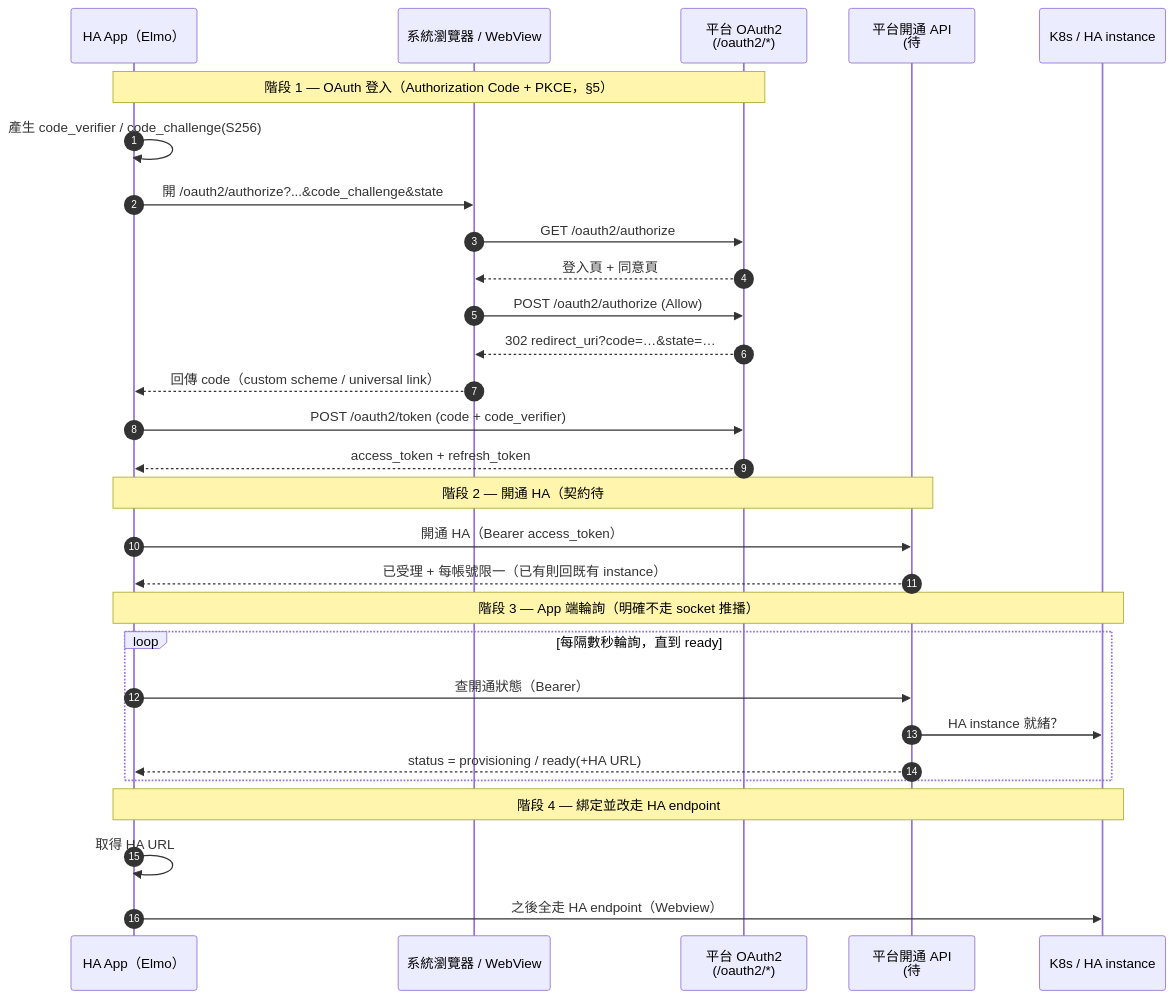
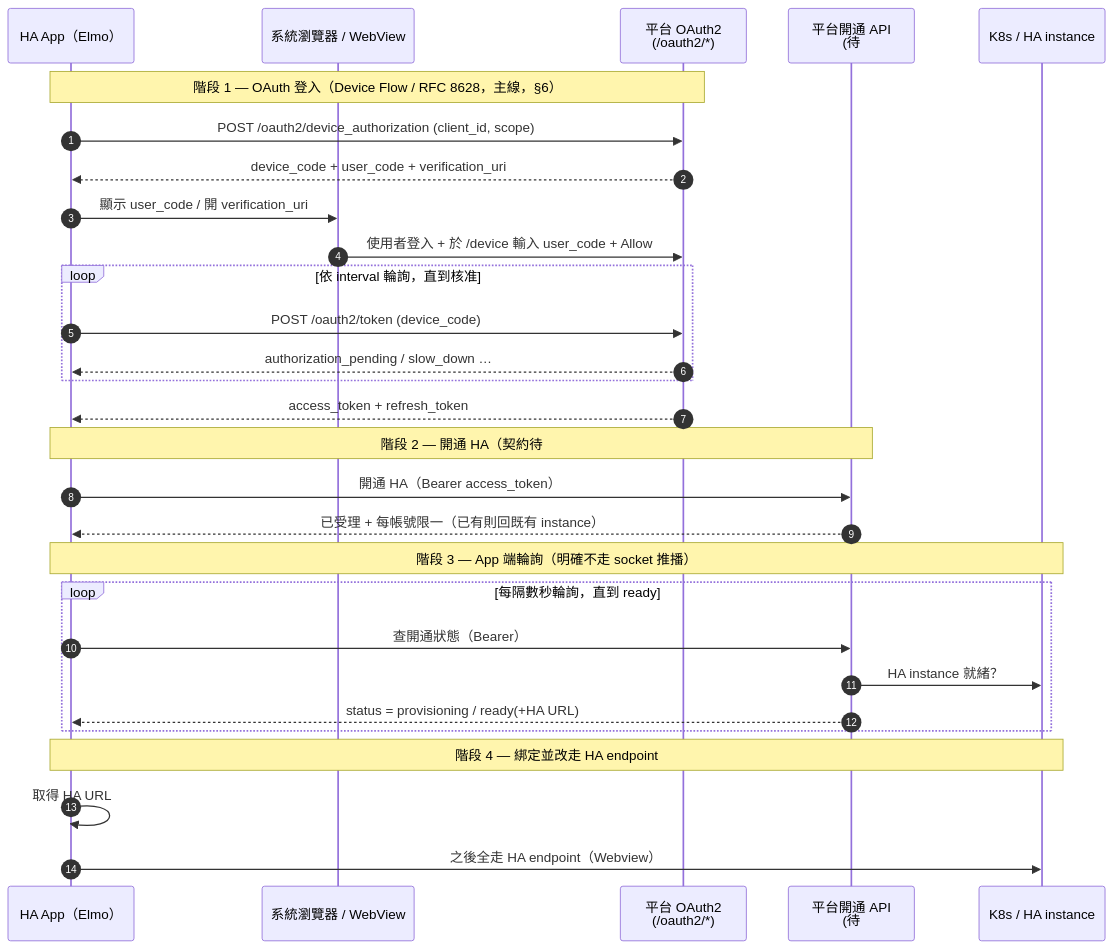
The diagram in docs/reference/api/ha-app-oauth-provisioning.md (WOOWTECH/odoo-addon-woow-paas-platform), drawn with Mermaid before and after one commit. The commit also changed other lines of this file, not shown here.

First line of the commit message:
docs: device flow 升 App 授權主線（component 先例）＋Elmo 開發順序節

````diff
--- a/docs/reference/api/ha-app-oauth-provisioning.md
+++ b/docs/reference/api/ha-app-oauth-provisioning.md
@@ -273,35 +289,35 @@
 ```mermaid
 sequenceDiagram
     autonumber
     participant App as HA App（Elmo）
     participant Browser as 系統瀏覽器 / WebView
     participant OAuth as 平台 OAuth2<br/>(/oauth2/*)
     participant Prov as 平台開通 API<br/>(待 #336)
     participant K8s as K8s / HA instance
 
-    Note over App,OAuth: 階段 1 — OAuth 登入（Authorization Code + PKCE，§5）
-    App->>App: 產生 code_verifier / code_challenge(S256)
-    App->>Browser: 開 /oauth2/authorize?...&code_challenge&state
-    Browser->>OAuth: GET /oauth2/authorize
-    OAuth-->>Browser: 登入頁 + 同意頁
-    Browser->>OAuth: POST /oauth2/authorize (Allow)
-    OAuth-->>Browser: 302 redirect_uri?code=…&state=…
-    Browser-->>App: 回傳 code（custom scheme / universal link）
-    App->>OAuth: POST /oauth2/token (code + code_verifier)
+    Note over App,OAuth: 階段 1 — OAuth 登入（Device Flow / RFC 8628，主線，§6）
+    App->>OAuth: POST /oauth2/device_authorization (client_id, scope)
+    OAuth-->>App: device_code + user_code + verification_uri
+    App->>Browser: 顯示 user_code / 開 verification_uri
+    Browser->>OAuth: 使用者登入 + 於 /device 輸入 user_code + Allow
+    loop 依 interval 輪詢，直到核准
+        App->>OAuth: POST /oauth2/token (device_code)
+        OAuth-->>App: authorization_pending / slow_down …
+    end
     OAuth-->>App: access_token + refresh_token
 
     Note over App,Prov: 階段 2 — 開通 HA（契約待 #336）
     App->>Prov: 開通 HA（Bearer access_token）
     Prov-->>App: 已受理 + 每帳號限一（已有則回既有 instance）
 
     Note over App,K8s: 階段 3 — App 端輪詢（明確不走 socket 推播）
     loop 每隔數秒輪詢，直到 ready
         App->>Prov: 查開通狀態（Bearer）
         Prov->>K8s: HA instance 就緒？
         Prov-->>App: status = provisioning / ready(+HA URL)
     end
 
     Note over App,K8s: 階段 4 — 綁定並改走 HA endpoint
     App->>App: 取得 HA URL
     App->>K8s: 之後全走 HA endpoint（Webview）
 ```
````
